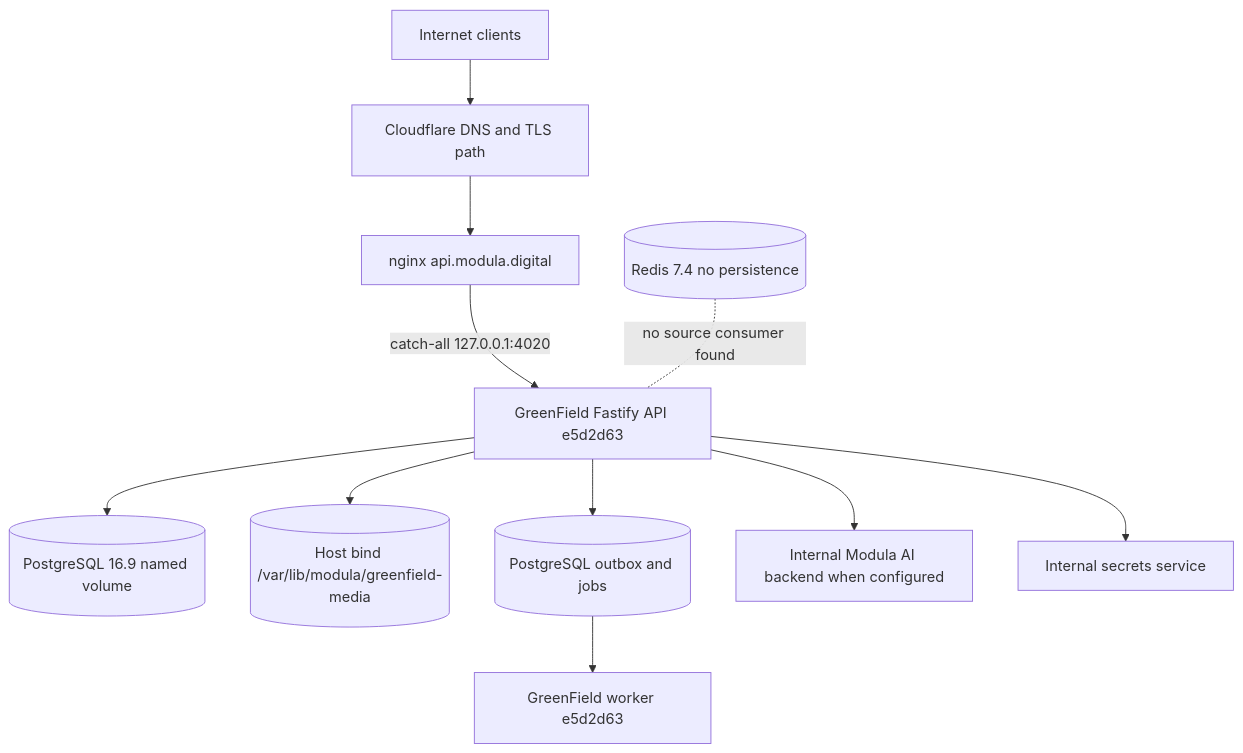
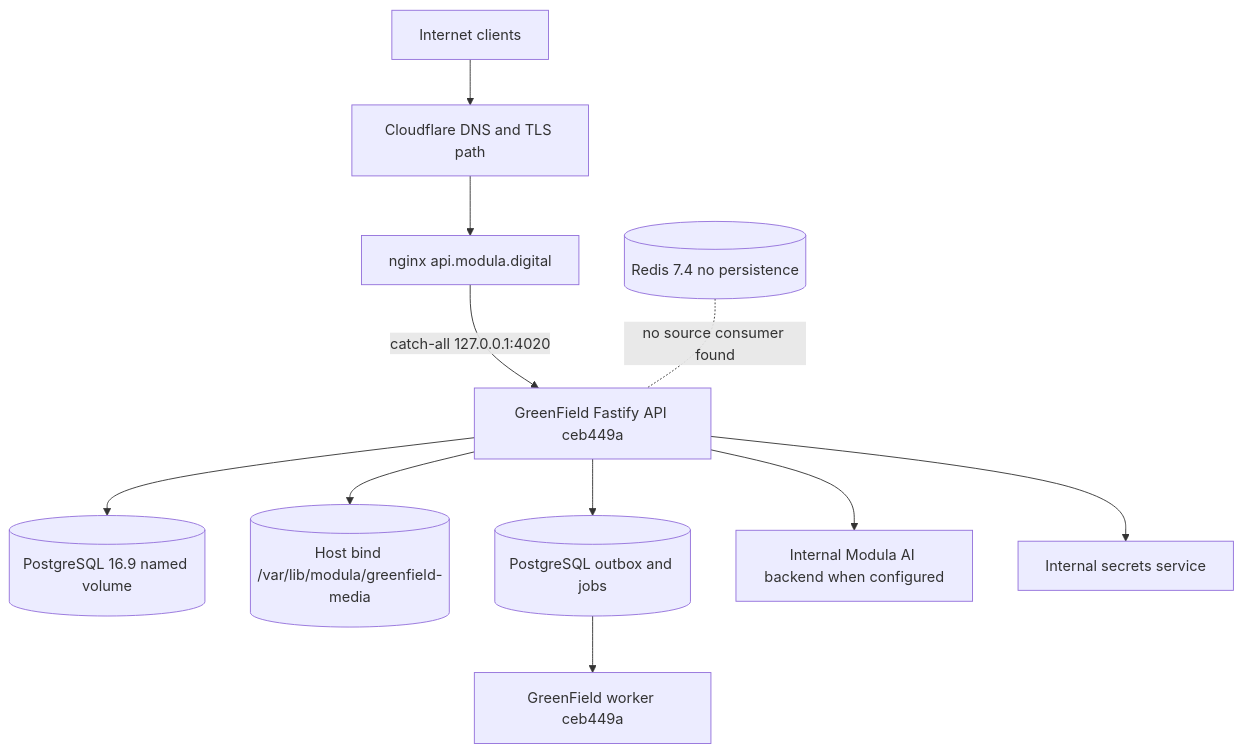
Before and after one commit to modula-mod/modula-latest: the diagram in docs/audits/api-atlas-01/00-production-truth.md, drawn with Mermaid. The commit also changed other lines of this file and 15 other files, not shown here.

````diff
--- a/docs/audits/api-atlas-01/00-production-truth.md
+++ b/docs/audits/api-atlas-01/00-production-truth.md
@@ -32,13 +32,13 @@
 ```mermaid
 flowchart TD
   internet[Internet clients] --> dns[Cloudflare DNS and TLS path]
   dns --> nginx[nginx api.modula.digital]
-  nginx -->|catch-all 127.0.0.1:4020| api[GreenField Fastify API e5d2d63]
+  nginx -->|catch-all 127.0.0.1:4020| api[GreenField Fastify API ceb449a]
   api --> postgres[(PostgreSQL 16.9 named volume)]
   api --> media[(Host bind /var/lib/modula/greenfield-media)]
   api --> outbox[(PostgreSQL outbox and jobs)]
-  outbox --> worker[GreenField worker e5d2d63]
+  outbox --> worker[GreenField worker ceb449a]
   api --> ai[Internal Modula AI backend when configured]
   api --> secrets[Internal secrets service]
   redis[(Redis 7.4 no persistence)] -. no source consumer found .- api
 ```
````
